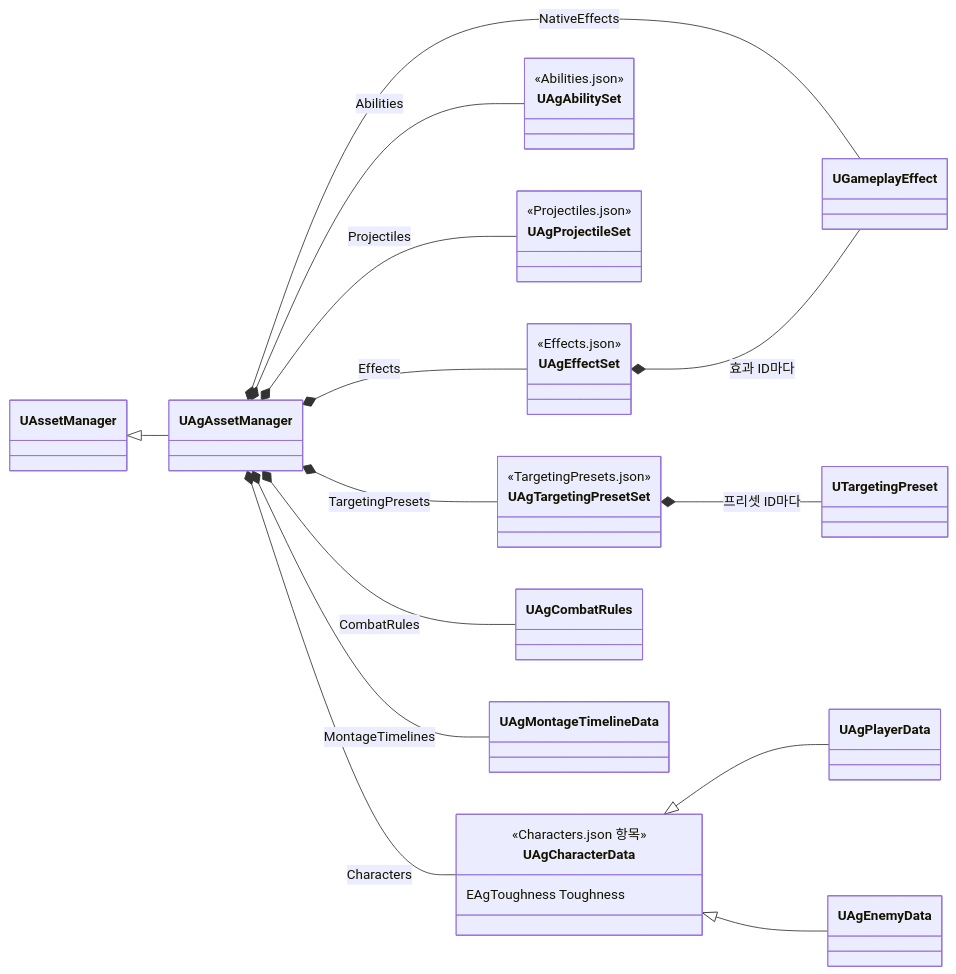
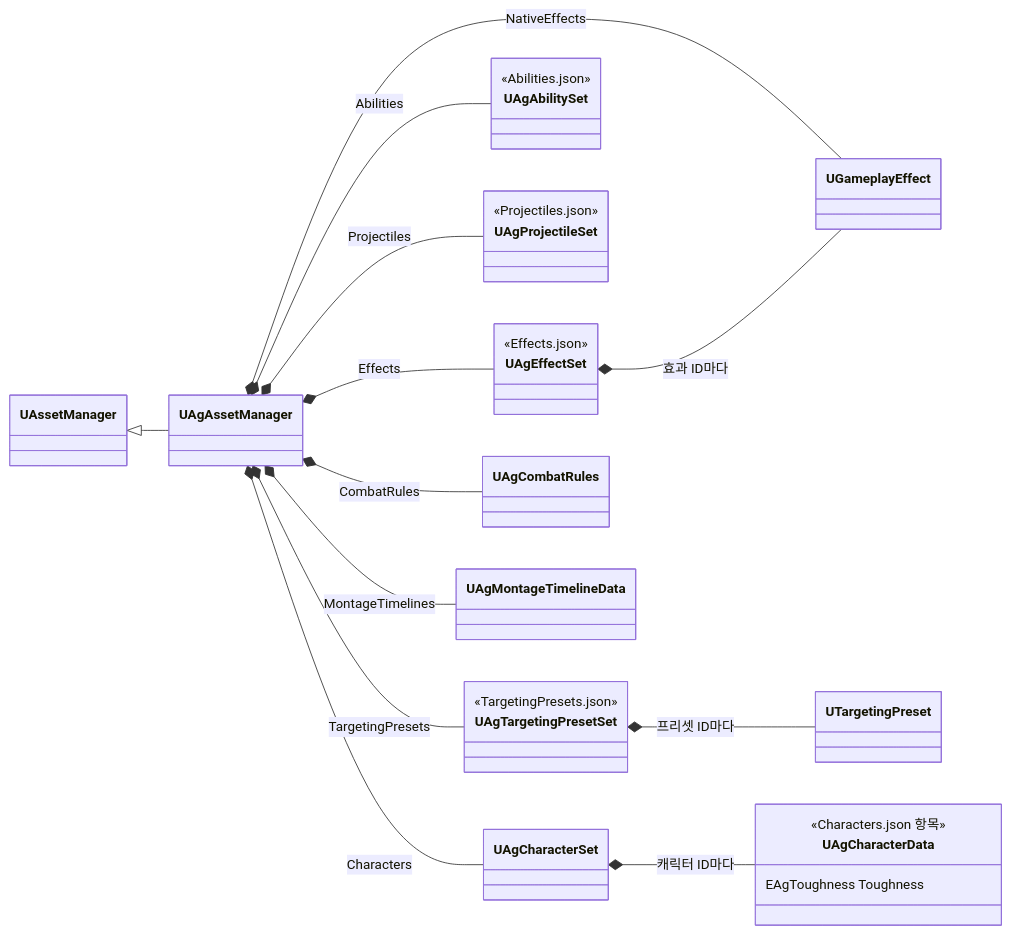
Before and after one commit to Woogl/Ag: the second of 2 diagrams in Docs/Architecture/데이터 로딩과 스키마.md, drawn with Mermaid. The commit also changed other lines of this file and 76 other files, not shown here.

````diff
--- a/Docs/Architecture/데이터 로딩과 스키마.md
+++ b/Docs/Architecture/데이터 로딩과 스키마.md
@@ -177,33 +177,32 @@
 ```mermaid
 classDiagram
     direction LR
     class UAgEffectSet {
         <<Effects.json>>
     }
     class UAgAbilitySet {
         <<Abilities.json>>
     }
     class UAgProjectileSet {
         <<Projectiles.json>>
     }
     class UAgTargetingPresetSet {
         <<TargetingPresets.json>>
     }
     class UAgCharacterData {
         <<Characters.json 항목>>
         EAgToughness Toughness
     }
     UAssetManager <|-- UAgAssetManager
     UAgAssetManager *-- UAgCombatRules : CombatRules
     UAgAssetManager *-- UAgEffectSet : Effects
     UAgAssetManager *-- UGameplayEffect : NativeEffects
     UAgAssetManager *-- UAgProjectileSet : Projectiles
     UAgAssetManager *-- UAgMontageTimelineData : MontageTimelines
     UAgAssetManager *-- UAgTargetingPresetSet : TargetingPresets
     UAgAssetManager *-- UAgAbilitySet : Abilities
-    UAgAssetManager *-- UAgCharacterData : Characters
+    UAgAssetManager *-- UAgCharacterSet : Characters
+    UAgCharacterSet *-- UAgCharacterData : 캐릭터 ID마다
     UAgEffectSet *-- UGameplayEffect : 효과 ID마다
     UAgTargetingPresetSet *-- UTargetingPreset : 프리셋 ID마다
-    UAgCharacterData <|-- UAgPlayerData
-    UAgCharacterData <|-- UAgEnemyData
 ```
````
